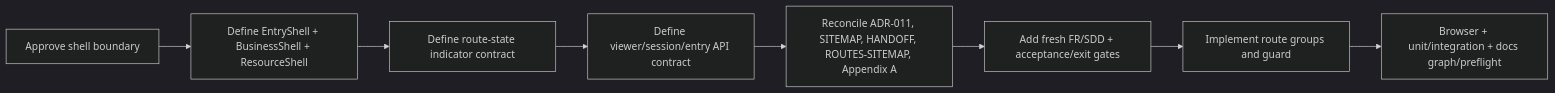
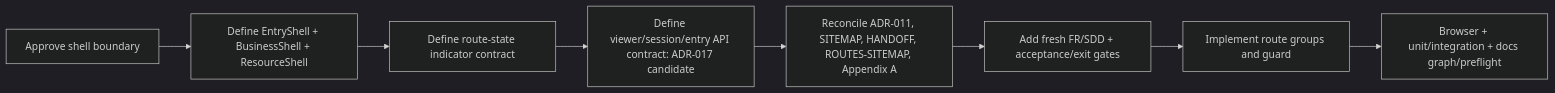
The second of 2 diagrams in docs/INTERFACE-INVENTORY-V2.md (Freshair129/zuri.ai), drawn with Mermaid (dark theme) before and after one commit. The commit also changed other lines of this file and 2797 other files, not shown here.

Commit message:
Restructure Zuri V2 documentation and project architecture

````diff
--- a/docs/INTERFACE-INVENTORY-V2.md
+++ b/docs/INTERFACE-INVENTORY-V2.md
@@ -247,10 +247,10 @@
 ```mermaid
 flowchart LR
   W0[Approve shell boundary] --> W1[Define EntryShell + BusinessShell + ResourceShell]
   W1 --> W2[Define route-state indicator contract]
-  W2 --> W3[Define viewer/session/entry API contract]
+  W2 --> W3[Define viewer/session/entry API contract: ADR-017 candidate]
   W3 --> W4[Reconcile ADR-011, SITEMAP, HANDOFF, ROUTES-SITEMAP, Appendix A]
   W4 --> W5[Add fresh FR/SDD + acceptance/exit gates]
   W5 --> W6[Implement route groups and guard]
   W6 --> W7[Browser + unit/integration + docs graph/preflight]
 ```
````
